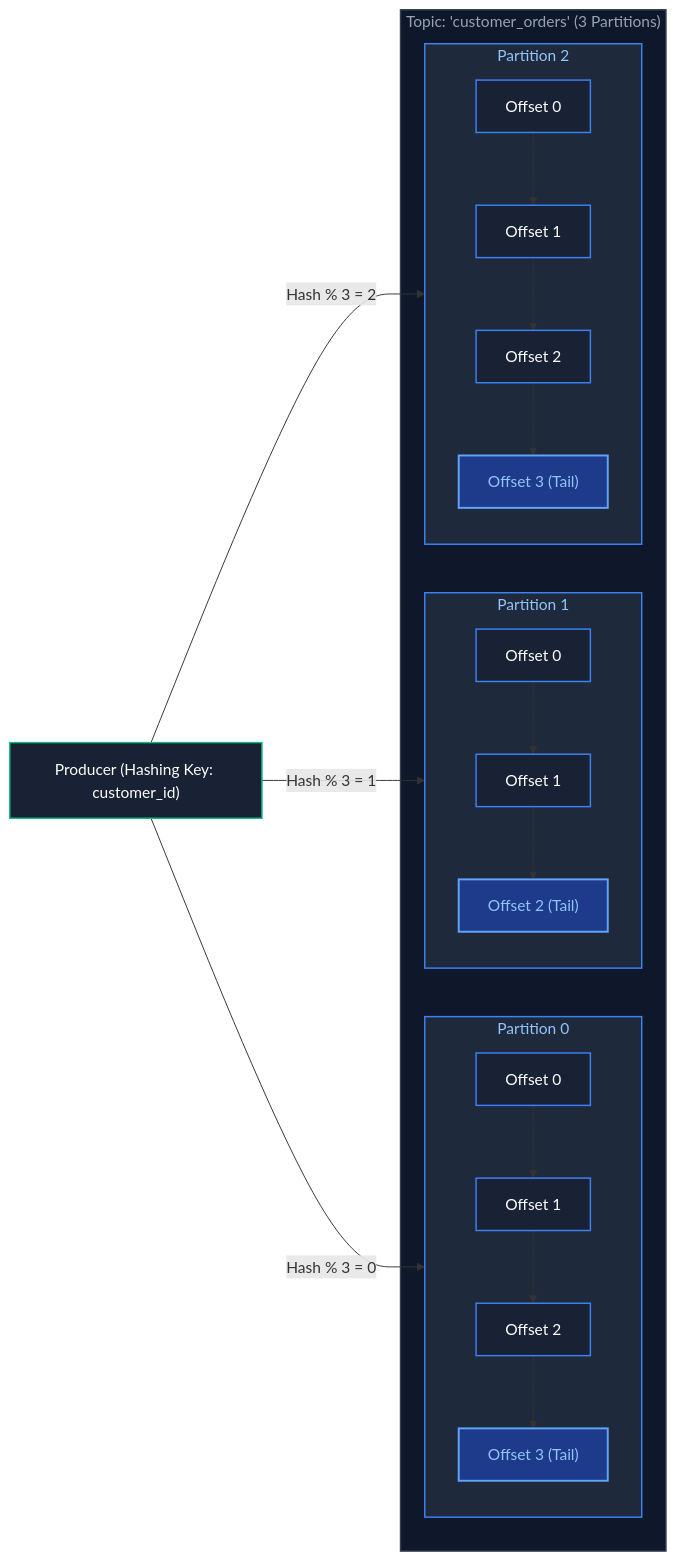
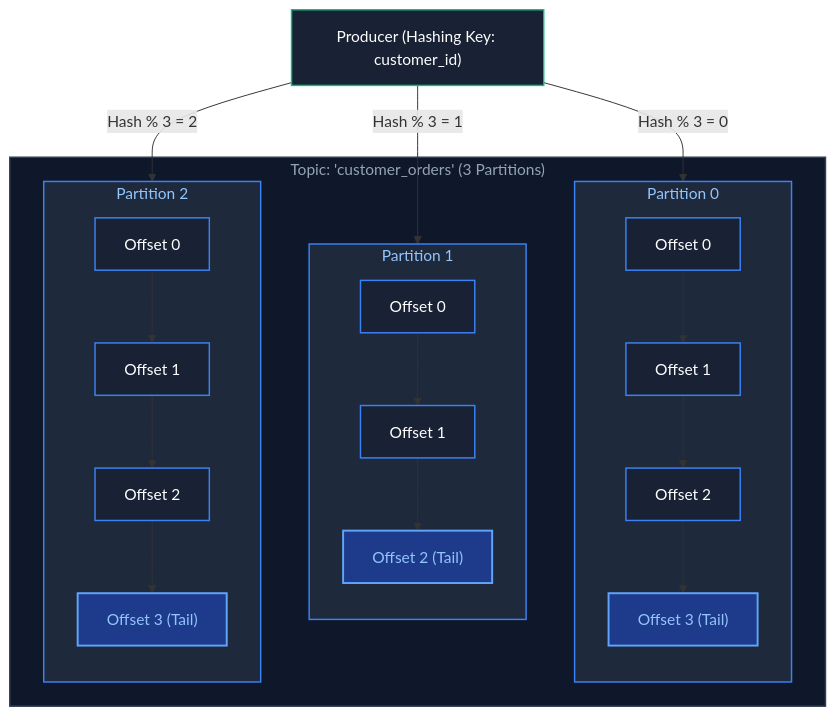
One commit to joydeep-biswas/Interview-Preparation changed the second of 13 diagrams in Data Engineering/11_streaming_and_kafka_event_streaming.md. Above: the diagram before and after it, drawn with Mermaid. The commit also changed other lines of this file and 76 other files, not shown here.

Commit message:
Updated Charts

````diff
--- a/Data Engineering/11_streaming_and_kafka_event_streaming.md
+++ b/Data Engineering/11_streaming_and_kafka_event_streaming.md
@@ -134,36 +134,39 @@
 ```mermaid
-flowchart LR
+flowchart TD
     subgraph TopicOrders ["Topic: 'customer_orders' (3 Partitions)"]
         subgraph Part0 ["Partition 0"]
+            direction TD
             P0_0["Offset 0"] --> P0_1["Offset 1"] --> P0_2["Offset 2"] --> P0_3["Offset 3 (Tail)"]
         end
         subgraph Part1 ["Partition 1"]
+            direction TD
             P1_0["Offset 0"] --> P1_1["Offset 1"] --> P1_2["Offset 2 (Tail)"]
         end
         subgraph Part2 ["Partition 2"]
+            direction TD
             P2_0["Offset 0"] --> P2_1["Offset 1"] --> P2_2["Offset 2"] --> P2_3["Offset 3 (Tail)"]
         end
     end
 
     Producer["Producer (Hashing Key: customer_id)"] -->|Hash % 3 = 0| Part0
     Producer -->|Hash % 3 = 1| Part1
     Producer -->|Hash % 3 = 2| Part2
 
     style TopicOrders fill:#0f172a,stroke:#334155,stroke-width:1.5px,color:#94a3b8
     style Part0 fill:#1e293b,stroke:#3b82f6,stroke-width:1.5px,color:#93c5fd
     style Part1 fill:#1e293b,stroke:#3b82f6,stroke-width:1.5px,color:#93c5fd
     style Part2 fill:#1e293b,stroke:#3b82f6,stroke-width:1.5px,color:#93c5fd
 
     style Producer fill:#182234,stroke:#10b981,stroke-width:1.5px,color:#fff
     style P0_0 fill:#182234,stroke:#3b82f6,stroke-width:1.5px,color:#fff
     style P0_1 fill:#182234,stroke:#3b82f6,stroke-width:1.5px,color:#fff
     style P0_2 fill:#182234,stroke:#3b82f6,stroke-width:1.5px,color:#fff
     style P0_3 fill:#1e3a8a,stroke:#60a5fa,stroke-width:2px,color:#93c5fd
     style P1_0 fill:#182234,stroke:#3b82f6,stroke-width:1.5px,color:#fff
     style P1_1 fill:#182234,stroke:#3b82f6,stroke-width:1.5px,color:#fff
     style P1_2 fill:#1e3a8a,stroke:#60a5fa,stroke-width:2px,color:#93c5fd
     style P2_0 fill:#182234,stroke:#3b82f6,stroke-width:1.5px,color:#fff
     style P2_1 fill:#182234,stroke:#3b82f6,stroke-width:1.5px,color:#fff
     style P2_2 fill:#182234,stroke:#3b82f6,stroke-width:1.5px,color:#fff
     style P2_3 fill:#1e3a8a,stroke:#60a5fa,stroke-width:2px,color:#93c5fd
 ```
````
